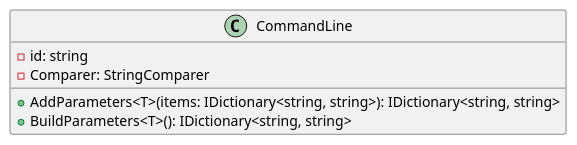
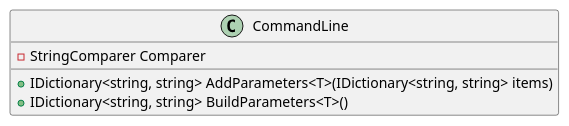
Before and after one commit to mwwhited-forks/dotnet-libs: the first of 3 diagrams in docs/generated/Framework/Eliassen.Extensions/Configuration/Documentation.md, drawn with PlantUML. The commit also changed other lines of this file and 444 other files, not shown here.

````diff
--- a/docs/generated/Framework/Eliassen.Extensions/Configuration/Documentation.md
+++ b/docs/generated/Framework/Eliassen.Extensions/Configuration/Documentation.md
@@ -47,10 +9,9 @@
 ```plantuml
 @startuml
 class CommandLine {
-  - id: string
-  - Comparer: StringComparer
-  + AddParameters<T>(items: IDictionary<string, string>): IDictionary<string, string>
-  + BuildParameters<T>(): IDictionary<string, string>
+  -StringComparer Comparer
+  +IDictionary<string, string> AddParameters<T>(IDictionary<string, string> items)
+  +IDictionary<string, string> BuildParameters<T>()
 }
 @enduml
 ```
````
